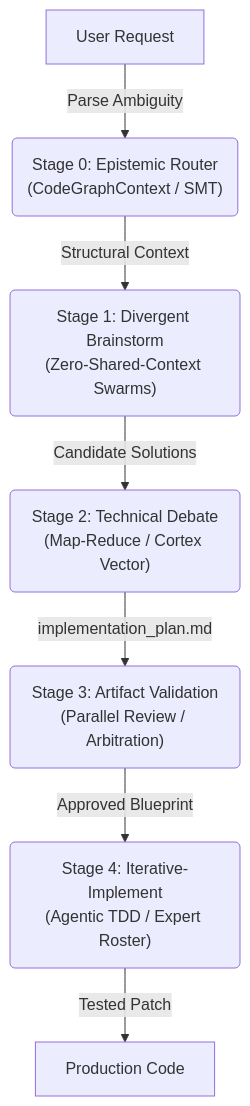
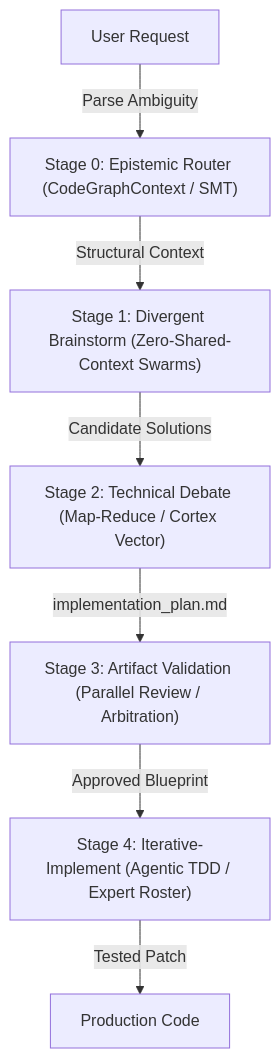
The first of 2 diagrams in README.md (nferrer-dev/antigravity-core), drawn with Mermaid before and after one commit. The commit also changed other lines of this file and 8 other files, not shown here.

````diff
--- a/README.md
+++ b/README.md
@@ -20,17 +20,17 @@
 ```mermaid
-graph TD
-    A[User Request]
-    B("Stage 0: Epistemic Router\n(CodeGraphContext / SMT)")
-    C("Stage 1: Divergent Brainstorm\n(Zero-Shared-Context Swarms)")
-    D("Stage 2: Technical Debate\n(Map-Reduce / Cortex Vector)")
-    E("Stage 3: Artifact Validation\n(Parallel Review / Arbitration)")
-    F("Stage 4: Iterative-Implement\n(Agentic TDD / Expert Roster)")
-    G[Production Code]
+flowchart TD
+    A["User Request"]
+    B["Stage 0: Epistemic Router (CodeGraphContext / SMT)"]
+    C["Stage 1: Divergent Brainstorm (Zero-Shared-Context Swarms)"]
+    D["Stage 2: Technical Debate (Map-Reduce / Cortex Vector)"]
+    E["Stage 3: Artifact Validation (Parallel Review / Arbitration)"]
+    F["Stage 4: Iterative-Implement (Agentic TDD / Expert Roster)"]
+    G["Production Code"]
 
     A -->|Parse Ambiguity| B
     B -->|Structural Context| C
     C -->|Candidate Solutions| D
     D -->|implementation_plan.md| E
     E -->|Approved Blueprint| F
     F -->|Tested Patch| G
 ```
````
